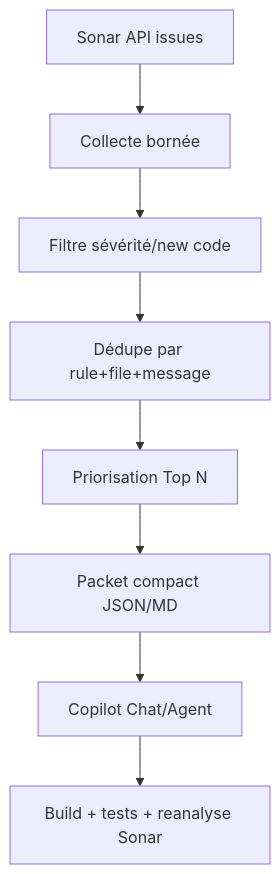
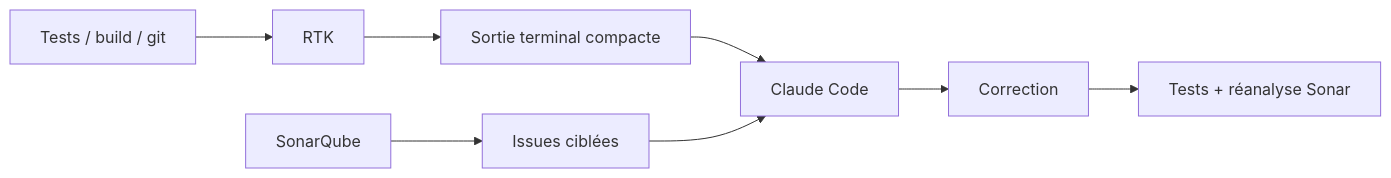
One commit to FTurleque/doc-utilisation-ia changed the diagram in docs/chapitre-13-outils-economies/rtk-sonar.md. Above: the diagram before and after it, drawn with Mermaid. The commit also changed other lines of this file and 261 other files, not shown here.

First line of the commit message:
docs: réorienter la documentation vers Claude Code en conservant Copilot (#27)

````diff
--- a/docs/chapitre-13-outils-economies/rtk-sonar.md
+++ b/docs/chapitre-13-outils-economies/rtk-sonar.md
@@ -109,10 +17,10 @@
 ```mermaid
-flowchart TD
-    A[Sonar API issues] --> B[Collecte bornée]
-    B --> C[Filtre sévérité/new code]
-    C --> D[Dédupe par rule+file+message]
-    D --> E[Priorisation Top N]
-    E --> F[Packet compact JSON/MD]
-    F --> G[Copilot Chat/Agent]
-    G --> H[Build + tests + reanalyse Sonar]
+flowchart LR
+    A[Tests / build / git] --> B[RTK]
+    B --> C[Sortie terminal compacte]
+    D[SonarQube] --> E[Issues ciblées]
+    C --> F[Claude Code]
+    E --> F
+    F --> G[Correction]
+    G --> H[Tests + réanalyse Sonar]
 ```
````
